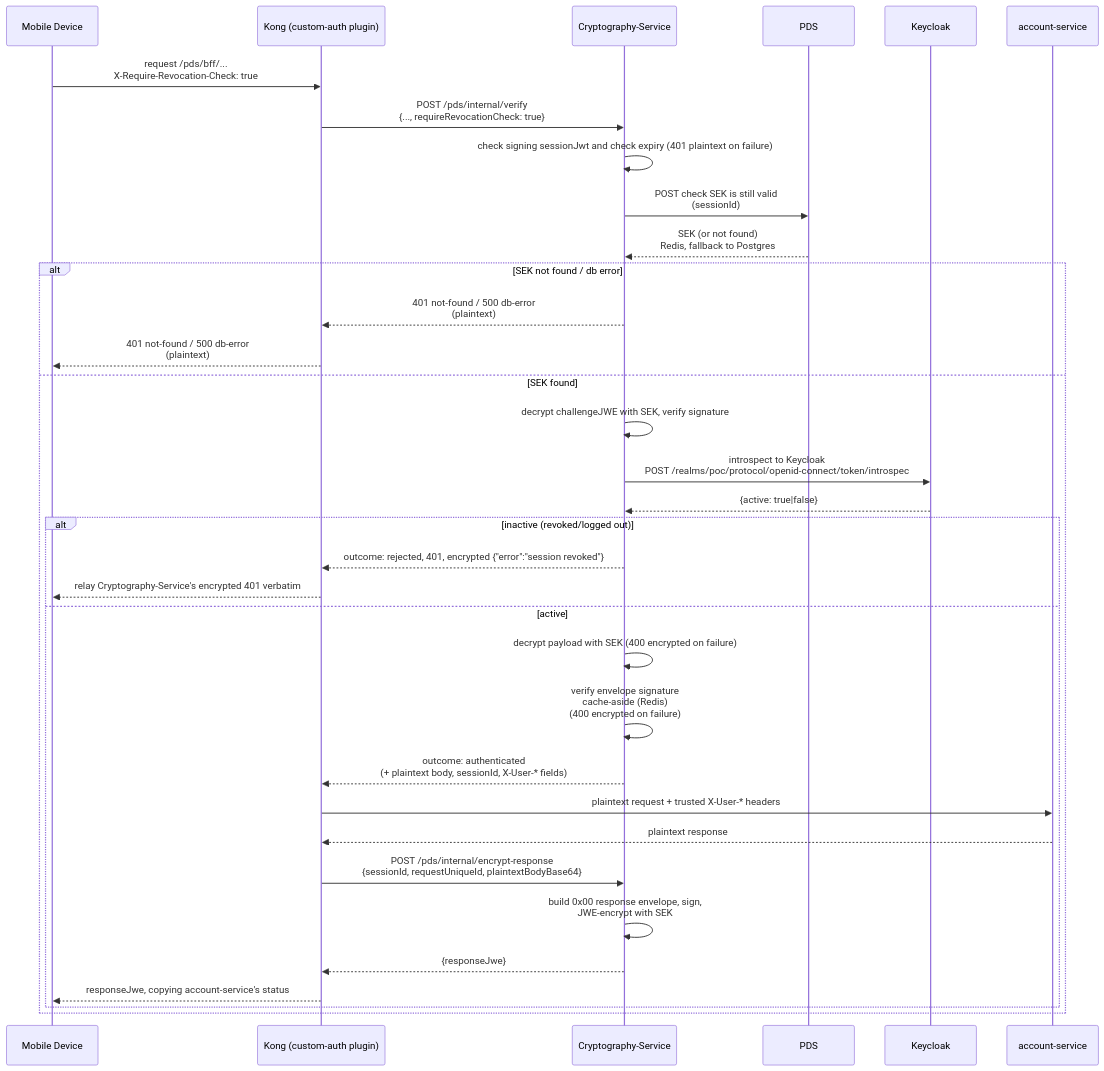
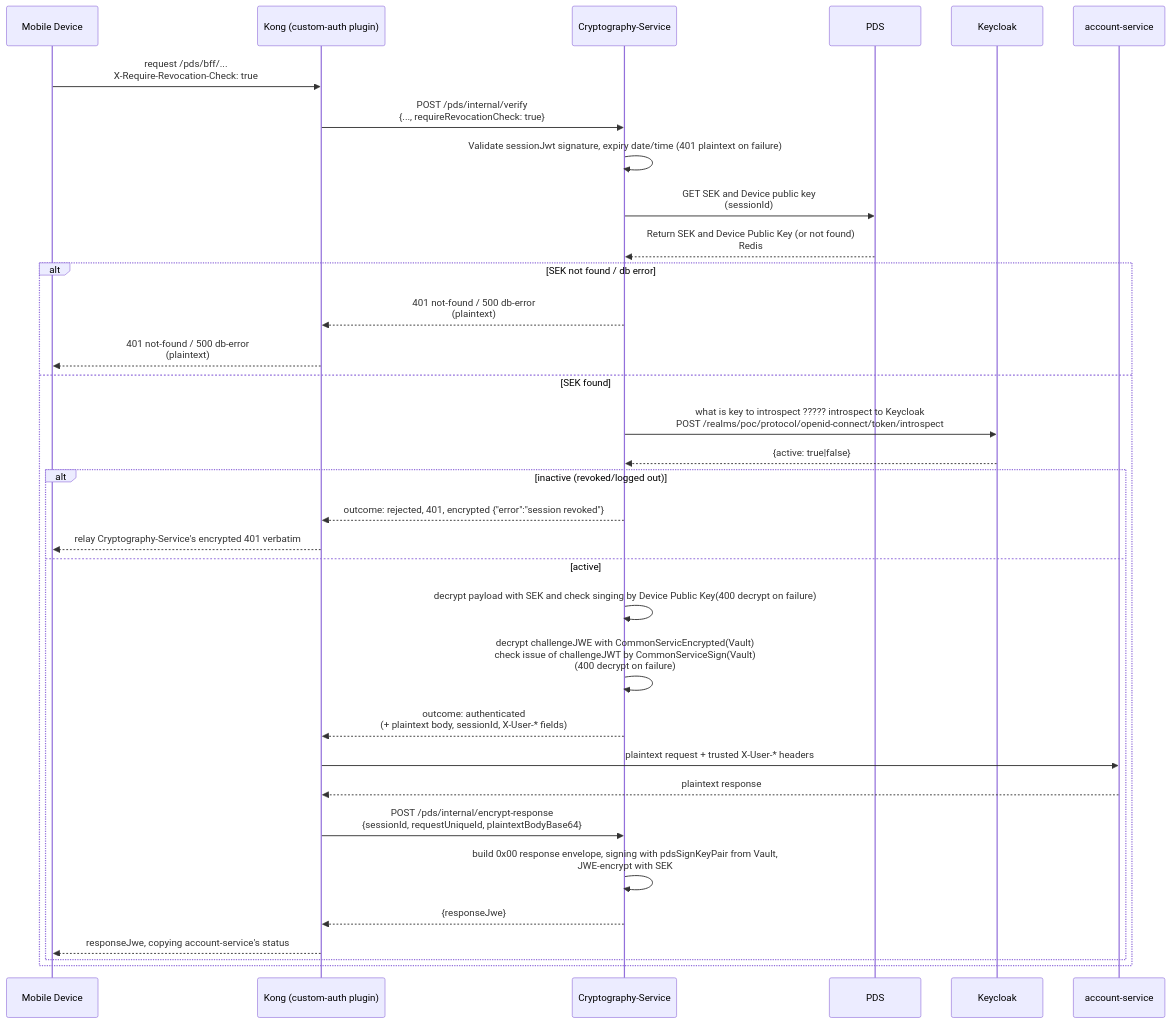
Before and after one commit to PinThapanawat/kong-custom-auth-poc: the third of 3 diagrams in docs/encryption-workflow.md, drawn with Mermaid. The commit also changed other lines of this file, not shown here.

Commit message:
docs: update encryption workflow documentation with revised sequence diagrams and process descriptions

````diff
--- a/docs/encryption-workflow.md
+++ b/docs/encryption-workflow.md
@@ -145,38 +77,38 @@
 ```mermaid
 sequenceDiagram
     participant Device as Mobile Device
     participant Kong as Kong (custom-auth plugin)
     participant Crypto as Cryptography-Service
     participant PDS as PDS
     participant Keycloak
     participant Account as account-service
 
     Device->>Kong: request /pds/bff/...<br/>X-Require-Revocation-Check: true
     Kong->>Crypto: POST /pds/internal/verify<br/>{..., requireRevocationCheck: true}
-    Crypto->>Crypto: check signing sessionJwt and check expiry  (401 plaintext on failure)
-    Crypto->>PDS: POST check SEK is still valid<br/>(sessionId)
-    PDS-->>Crypto: SEK (or not found)<br/>Redis, fallback to Postgres
+    Crypto->>Crypto: Validate sessionJwt signature, expiry date/time  (401 plaintext on failure)
+    Crypto->>PDS: GET SEK and Device public key<br/>(sessionId)
+    PDS-->>Crypto: Return SEK and Device Public Key (or not found)<br/>Redis
 
     alt SEK not found / db error
         Crypto-->>Kong: 401 not-found / 500 db-error<br/>(plaintext)
         Kong-->>Device: 401 not-found / 500 db-error<br/>(plaintext)
     else SEK found
-        Crypto->>Crypto: decrypt challengeJWE with SEK, verify signature
-        Crypto->>Keycloak: introspect to Keycloak<br/>POST /realms/poc/protocol/openid-connect/token/introspec
+        Crypto->>Keycloak: what is key to introspect ????? introspect to Keycloak<br/>POST /realms/poc/protocol/openid-connect/token/introspect
         Keycloak-->>Crypto: {active: true|false}
         alt inactive (revoked/logged out)
             Crypto-->>Kong: outcome: rejected, 401, encrypted {"error":"session revoked"}
             Kong-->>Device: relay Cryptography-Service's encrypted 401 verbatim
         else active
-            Crypto->>Crypto: decrypt payload with SEK (400 encrypted on failure)
-            Crypto->>Crypto: verify envelope signature<br/>cache-aside (Redis)<br/>(400 encrypted on failure)
+            Crypto->>Crypto: decrypt payload with SEK and check singing by Device Public Key(400 decrypt on failure)
+
+            Crypto->>Crypto: decrypt challengeJWE with CommonServicEncrypted(Vault)<br/>check issue of challengeJWT by CommonServiceSign(Vault)<br/>(400 decrypt on failure)
             Crypto-->>Kong: outcome: authenticated<br/>(+ plaintext body, sessionId, X-User-* fields)
             Kong->>Account: plaintext request + trusted X-User-* headers
             Account-->>Kong: plaintext response
             Kong->>Crypto: POST /pds/internal/encrypt-response<br/>{sessionId, requestUniqueId, plaintextBodyBase64}
-            Crypto->>Crypto: build 0x00 response envelope, sign,<br/>JWE-encrypt with SEK
+            Crypto->>Crypto: build 0x00 response envelope, signing with pdsSignKeyPair from Vault,<br/>JWE-encrypt with SEK
             Crypto-->>Kong: {responseJwe}
             Kong-->>Device: responseJwe, copying account-service's status
         end
     end
 ```
````
